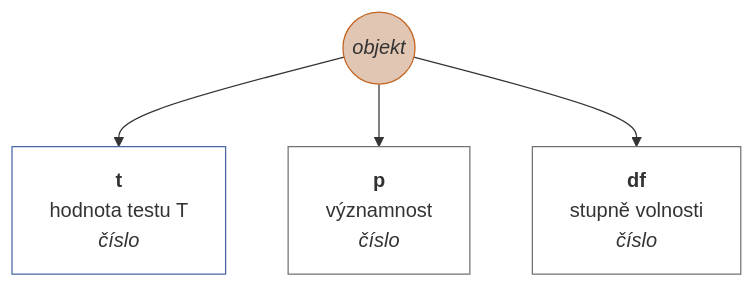
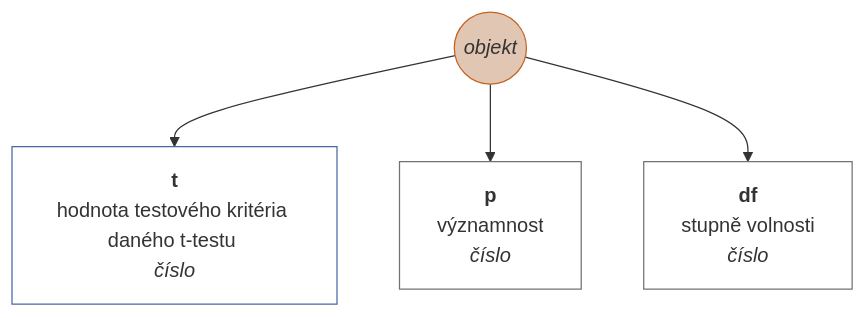
Before and after one commit to muzikp/retusa: diagram 34 of 38 in docs/cs-CZ.md, drawn with Mermaid. The commit also changed other lines of this file and 11 other files, not shown here.

````diff
--- a/docs/cs-CZ.md
+++ b/docs/cs-CZ.md
@@ -1342,16 +1341,16 @@
 ```mermaid
 graph TD
 ttestpair((<i>objekt</i>))
 style ttestpair fill:#E1C6B3;
 style ttestpair stroke:#C36422;
-ttestpair --> t[<b>t</b><br>hodnota testu T <br><i>číslo</i>]
+ttestpair --> t[<b>t</b><br>hodnota testového kritéria daného t-testu <br><i>číslo</i>]
 style t fill:#FFFFFF;
 style t stroke:#4967A4;
 ttestpair --> p[<b>p</b><br>významnost <br><i>číslo</i>]
 style p fill:#FFFFFF;
 style p stroke:#75716F;
 ttestpair --> df[<b>df</b><br>stupně volnosti <br><i>číslo</i>]
 style df fill:#FFFFFF;
 style df stroke:#75716F;
 
 ```
````
